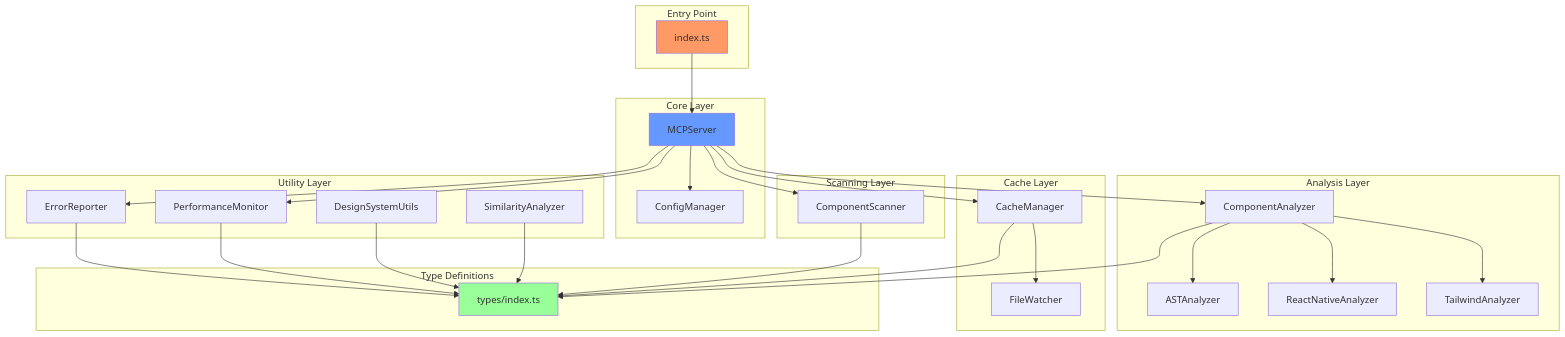
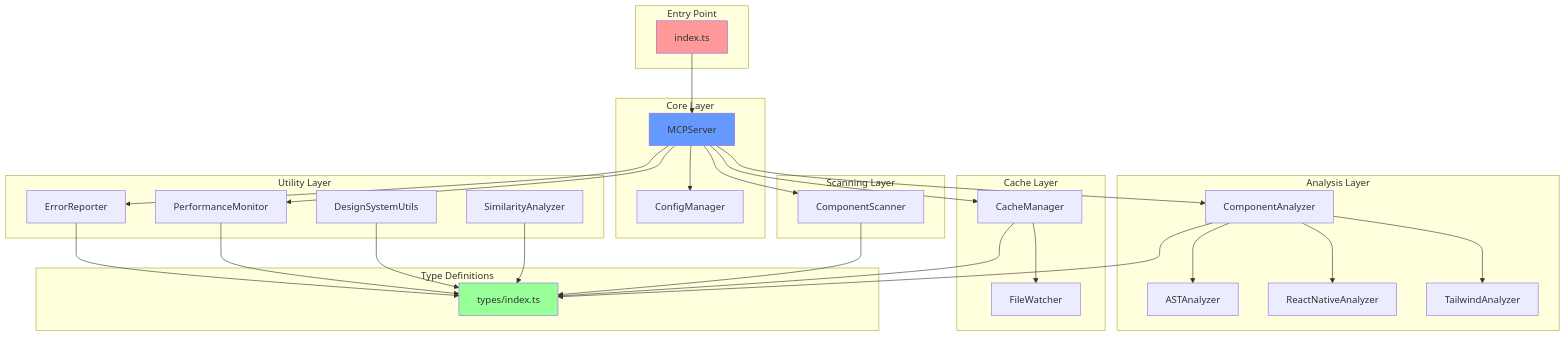
Before and after one commit to sean-sunagaku/component-design-system-mcp: the fifth of 9 diagrams in docs/class-diagram.md, drawn with Mermaid. The commit also changed other lines of this file and 2 other files, not shown here.

````diff
--- a/docs/class-diagram.md
+++ b/docs/class-diagram.md
@@ -154,64 +154,68 @@
 ```mermaid
-graph TB
-    subgraph "Entry Point"
+flowchart TB
+    subgraph EP ["Entry Point"]
         A[index.ts]
     end
 
-    subgraph "Core Layer"
+    subgraph CL ["Core Layer"]
         B[MCPServer]
         C[ConfigManager]
     end
 
-    subgraph "Scanning Layer"
+    subgraph SL ["Scanning Layer"]
         D[ComponentScanner]
     end
 
-    subgraph "Analysis Layer"
+    subgraph AL ["Analysis Layer"]
         E[ComponentAnalyzer]
         F[ASTAnalyzer]
         G[ReactNativeAnalyzer]
         H[TailwindAnalyzer]
     end
 
-    subgraph "Cache Layer"
+    subgraph CHL ["Cache Layer"]
         I[CacheManager]
         J[FileWatcher]
     end
 
-    subgraph "Utility Layer"
+    subgraph UL ["Utility Layer"]
         K[SimilarityAnalyzer]
         L[DesignSystemUtils]
         M[PerformanceMonitor]
         N[ErrorReporter]
     end
 
-    subgraph "Type Definitions"
+    subgraph TD ["Type Definitions"]
         O[types/index.ts]
     end
 
     A --> B
     B --> C
     B --> D
     B --> E
     B --> I
     B --> M
     B --> N
 
     D --> O
     E --> F
     E --> G
     E --> H
     E --> O
 
     I --> J
     I --> O
 
     K --> O
     L --> O
     M --> O
     N --> O
 
-    style A fill:#f96
-    style B fill:#69f
-    style O fill:#9f9
+    classDef entrypoint fill:#ff9999
+    classDef core fill:#6699ff
+    classDef types fill:#99ff99
+    
+    class A entrypoint
+    class B core
+    class O types
 ```
````
